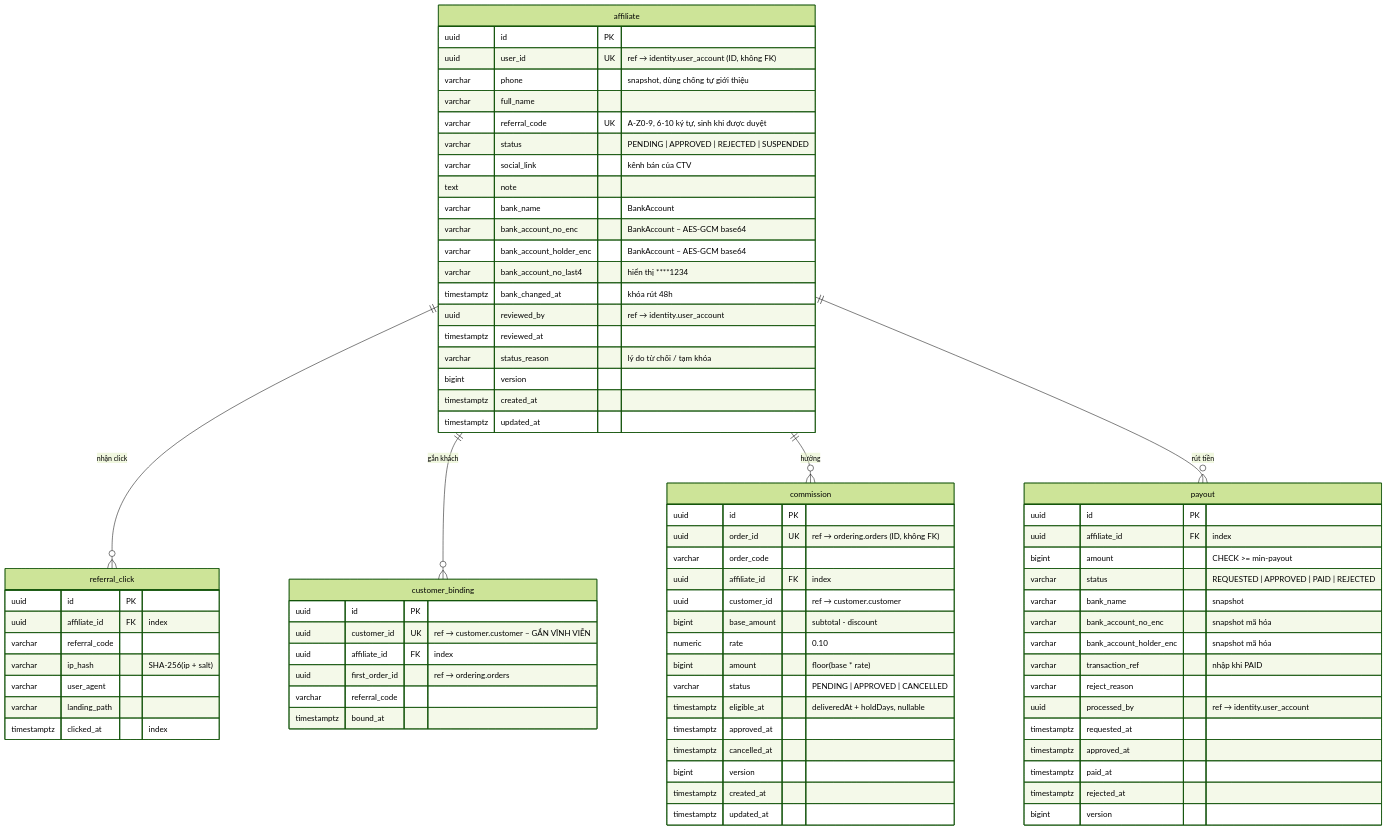
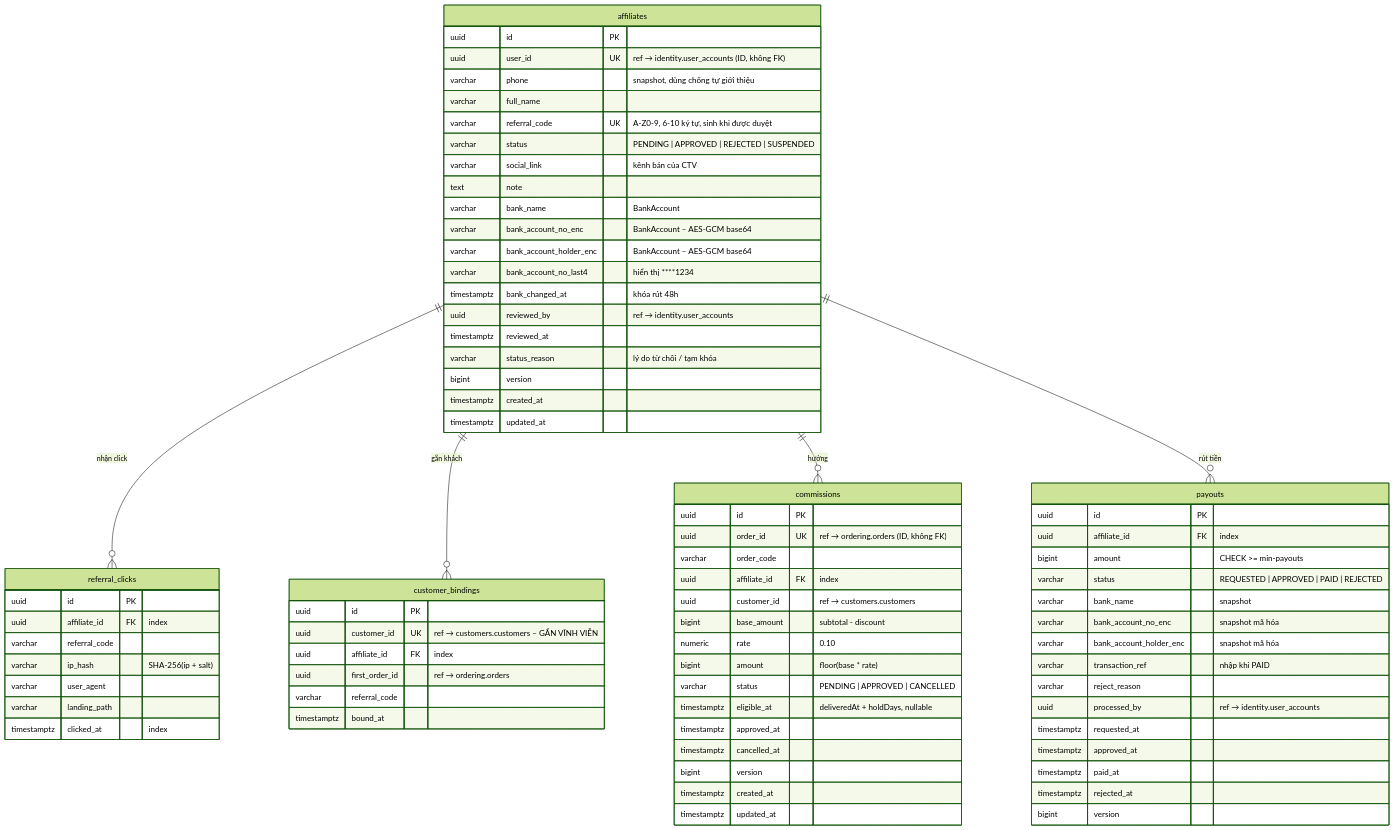
One commit to Vietnguyen203/Hwingroupweb changed the fifth of 6 diagrams in docs/02-erd.md. Above: the diagram before and after it, drawn with Mermaid (forest theme). The commit also changed other lines of this file and 415 other files, not shown here.

````diff
--- a/docs/02-erd.md
+++ b/docs/02-erd.md
@@ -340,13 +340,13 @@
 ```mermaid
 erDiagram
-    affiliate ||--o{ referral_click : "nhận click"
-    affiliate ||--o{ customer_binding : "gắn khách"
-    affiliate ||--o{ commission : "hưởng"
-    affiliate ||--o{ payout : "rút tiền"
+    affiliates ||--o{ referral_clicks : "nhận click"
+    affiliates ||--o{ customer_bindings : "gắn khách"
+    affiliates ||--o{ commissions : "hưởng"
+    affiliates ||--o{ payouts : "rút tiền"
 
-    affiliate {
+    affiliates {
         uuid id PK
-        uuid user_id UK "ref → identity.user_account (ID, không FK)"
+        uuid user_id UK "ref → identity.user_accounts (ID, không FK)"
         varchar phone "snapshot, dùng chống tự giới thiệu"
         varchar full_name
         varchar referral_code UK "A-Z0-9, 6-10 ký tự, sinh khi được duyệt"
@@ -358,7 +358,7 @@
         varchar bank_account_holder_enc "BankAccount – AES-GCM base64"
         varchar bank_account_no_last4 "hiển thị ****1234"
         timestamptz bank_changed_at "khóa rút 48h"
-        uuid reviewed_by "ref → identity.user_account"
+        uuid reviewed_by "ref → identity.user_accounts"
         timestamptz reviewed_at
         varchar status_reason "lý do từ chối / tạm khóa"
         bigint version
@@ -366,7 +366,7 @@
         timestamptz updated_at
     }
 
-    referral_click {
+    referral_clicks {
         uuid id PK
         uuid affiliate_id FK "index"
         varchar referral_code
@@ -376,21 +376,21 @@
         timestamptz clicked_at "index"
     }
 
-    customer_binding {
+    customer_bindings {
         uuid id PK
-        uuid customer_id UK "ref → customer.customer – GẮN VĨNH VIỄN"
+        uuid customer_id UK "ref → customers.customers – GẮN VĨNH VIỄN"
         uuid affiliate_id FK "index"
         uuid first_order_id "ref → ordering.orders"
         varchar referral_code
         timestamptz bound_at
     }
 
-    commission {
+    commissions {
         uuid id PK
         uuid order_id UK "ref → ordering.orders (ID, không FK)"
         varchar order_code
         uuid affiliate_id FK "index"
-        uuid customer_id "ref → customer.customer"
+        uuid customer_id "ref → customers.customers"
         bigint base_amount "subtotal - discount"
         numeric rate "0.10"
         bigint amount "floor(base * rate)"
@@ -403,17 +403,17 @@
         timestamptz updated_at
     }
 
-    payout {
+    payouts {
         uuid id PK
         uuid affiliate_id FK "index"
-        bigint amount "CHECK >= min-payout"
+        bigint amount "CHECK >= min-payouts"
         varchar status "REQUESTED | APPROVED | PAID | REJECTED"
         varchar bank_name "snapshot"
         varchar bank_account_no_enc "snapshot mã hóa"
         varchar bank_account_holder_enc "snapshot mã hóa"
         varchar transaction_ref "nhập khi PAID"
         varchar reject_reason
-        uuid processed_by "ref → identity.user_account"
+        uuid processed_by "ref → identity.user_accounts"
         timestamptz requested_at
         timestamptz approved_at
         timestamptz paid_at
````
